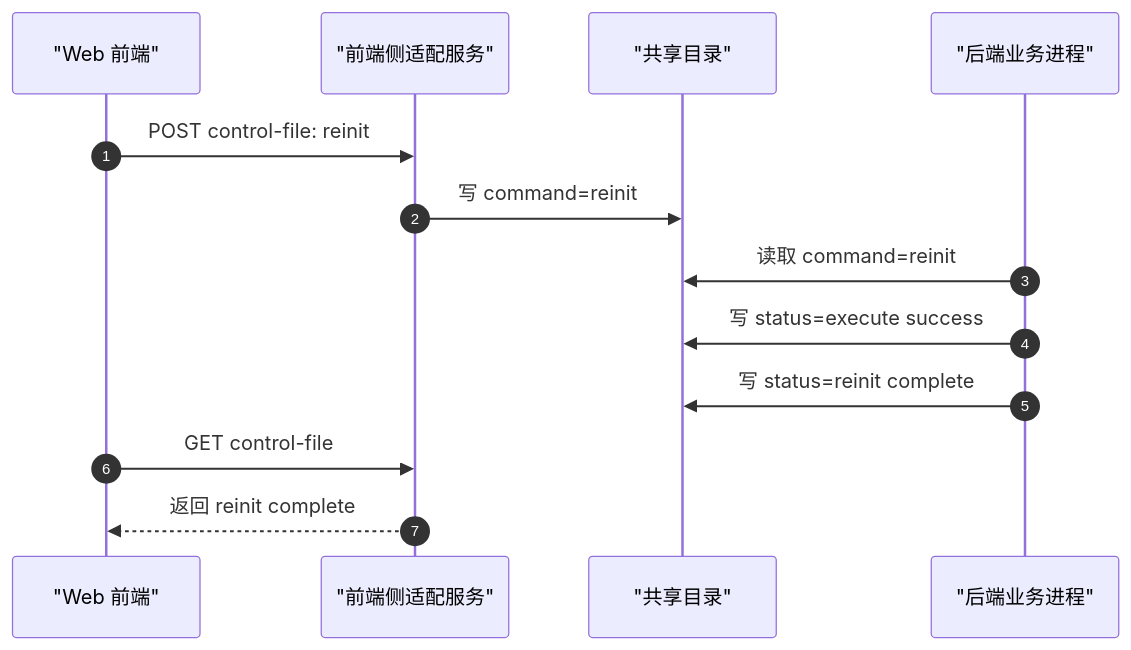
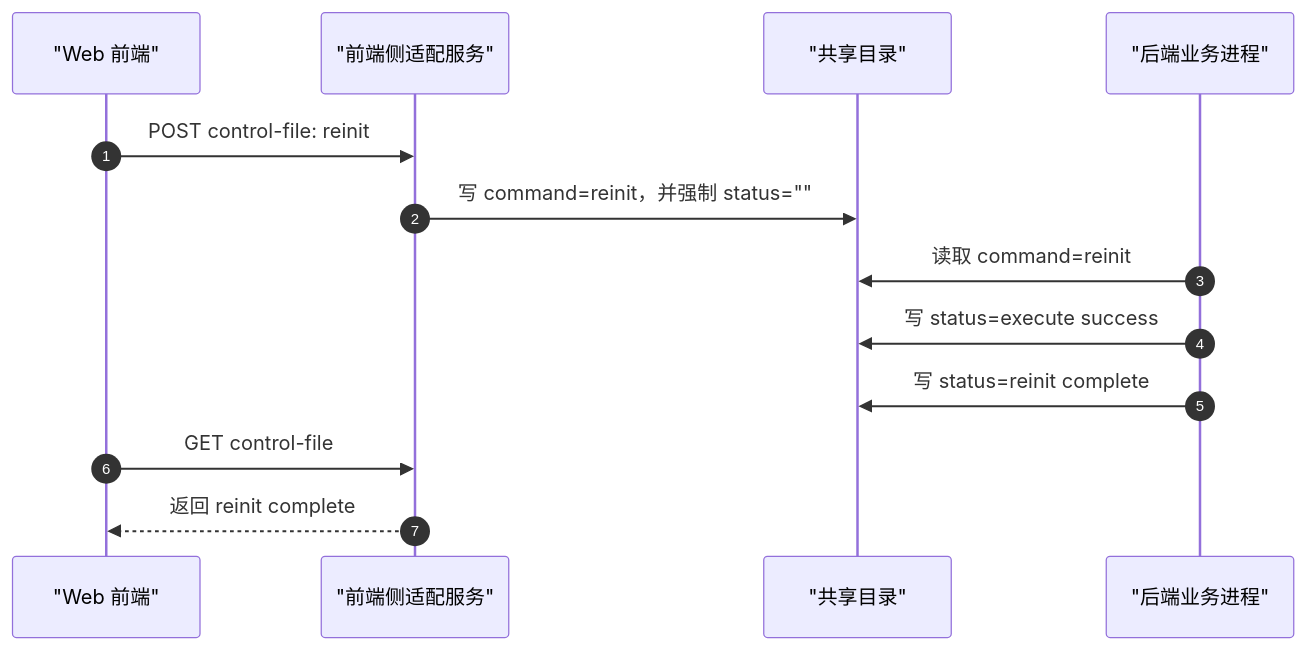
One commit to JackweiStud/2030-DT changed the second of 3 diagrams in doc/case2/BACKEND-API-HANDOFF.md. Above: the diagram before and after it, drawn with Mermaid. The commit also changed other lines of this file and 16 other files, not shown here.

````diff
--- a/doc/case2/BACKEND-API-HANDOFF.md
+++ b/doc/case2/BACKEND-API-HANDOFF.md
@@ -434,16 +448,16 @@
 ```mermaid
 sequenceDiagram
   autonumber
   participant Web as "Web 前端"
   participant Adapter as "前端侧适配服务"
   participant Shared as "共享目录"
   participant Backend as "后端业务进程"
 
   Web->>Adapter: POST control-file: reinit
-  Adapter->>Shared: 写 command=reinit
+  Adapter->>Shared: 写 command=reinit，并强制 status=""
   Backend->>Shared: 读取 command=reinit
   Backend->>Shared: 写 status=execute success
   Backend->>Shared: 写 status=reinit complete
   Web->>Adapter: GET control-file
   Adapter-->>Web: 返回 reinit complete
 ```
````
